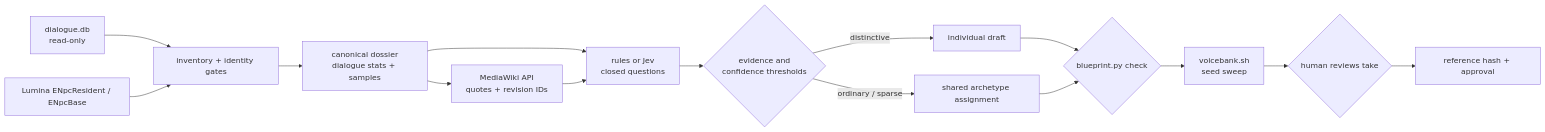
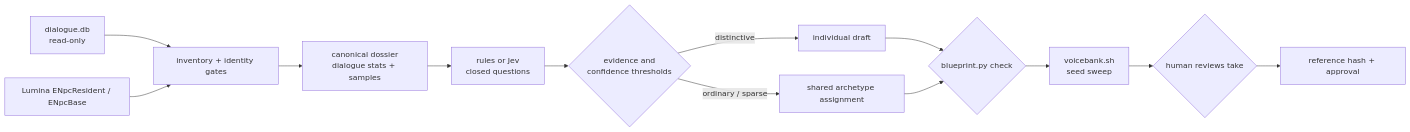
The second of 2 diagrams in blueprints/README.md (cutieway/oh-my-voice), drawn with Mermaid before and after one commit. The commit also changed other lines of this file and 36 other files, not shown here.

````diff
--- a/blueprints/README.md
+++ b/blueprints/README.md
@@ -56,17 +51,15 @@
 ```mermaid
 flowchart LR
   db["dialogue.db<br/>read-only"] --> inv["inventory + identity gates"]
   lumina["Lumina ENpcResident / ENpcBase"] --> inv
   inv --> dossier["canonical dossier<br/>dialogue stats + samples"]
-  dossier --> wiki["MediaWiki API<br/>quotes + revision IDs"]
   dossier --> classifier["rules or Jev<br/>closed questions"]
-  wiki --> classifier
   classifier --> route{"evidence and<br/>confidence thresholds"}
   route -->|distinctive| individual["individual draft"]
   route -->|ordinary / sparse| archetype["shared archetype assignment"]
   individual --> val{"blueprint.py check"}
   archetype --> val
   val --> audition["voicebank.sh<br/>seed sweep"]
   audition --> human{"human reviews take"}
   human --> pin["reference hash + approval"]
 ```
````
